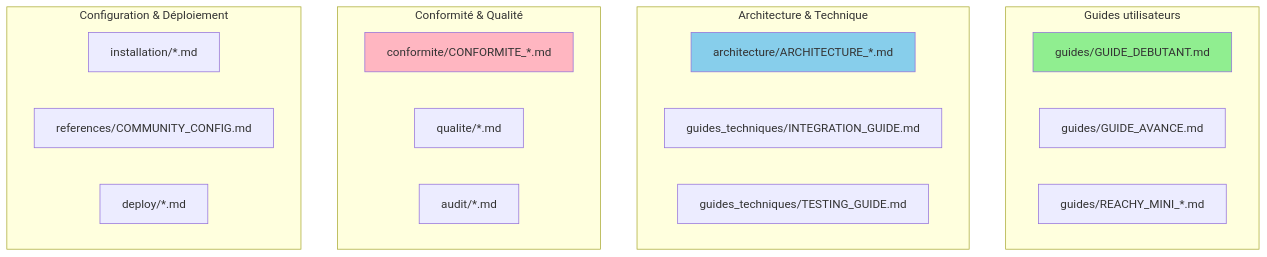
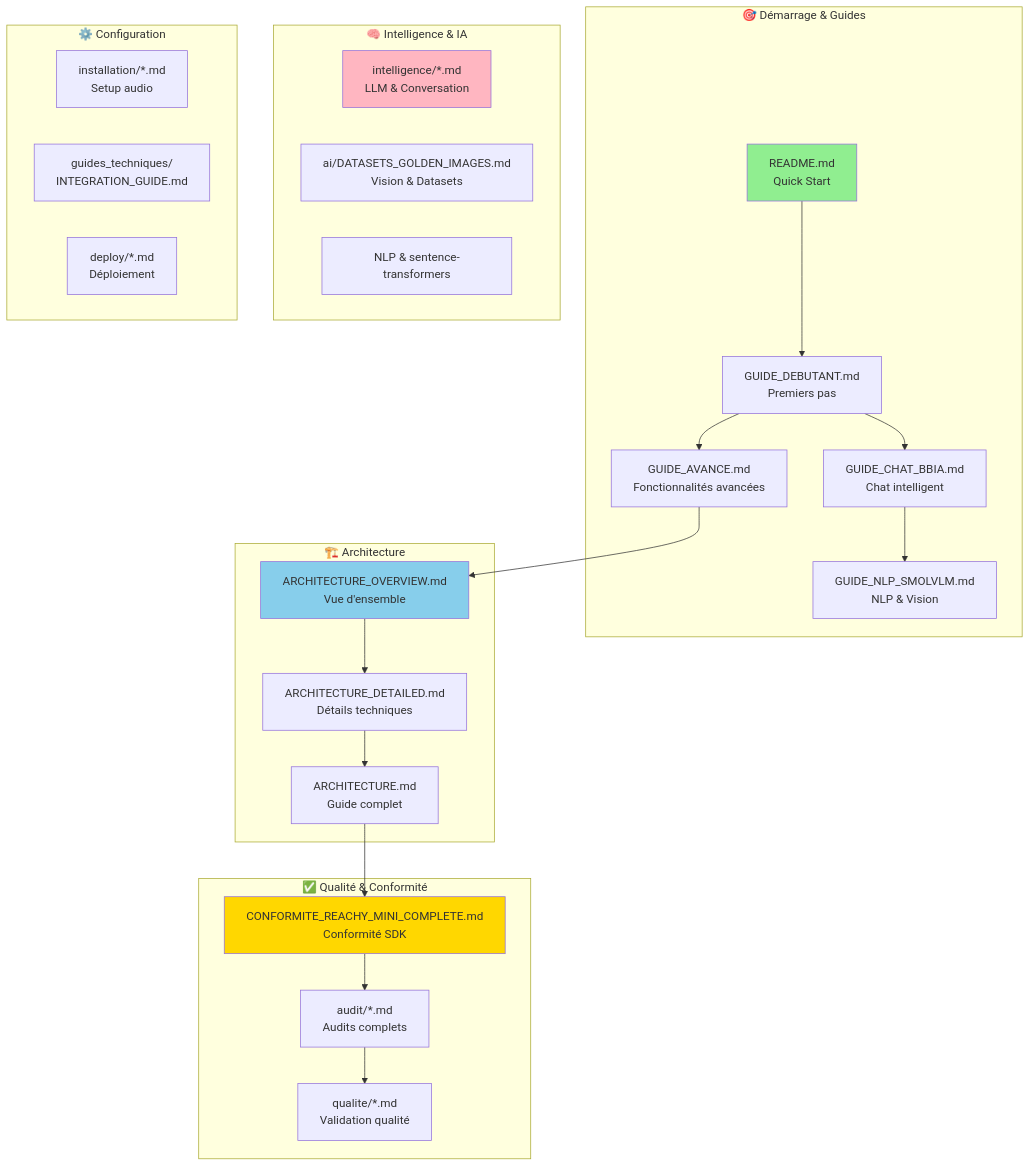
Before and after one commit to arkalia-luna-system/bbia-sim: the second of 2 diagrams in docs/INDEX_FINAL.md, drawn with Mermaid. The commit also changed other lines of this file, not shown here.

Commit message:
docs: finalisation INDEX_FINAL avec mindmap et graph structure

````diff
--- a/docs/INDEX_FINAL.md
+++ b/docs/INDEX_FINAL.md
@@ -156,30 +194,50 @@
 ```mermaid
 graph TB
-    subgraph "Guides utilisateurs"
-        G1[guides/GUIDE_DEBUTANT.md]
-        G2[guides/GUIDE_AVANCE.md]
-        G3[guides/REACHY_MINI_*.md]
+    subgraph "🎯 Démarrage & Guides"
+        START[README.md<br/>Quick Start]
+        BEGINNER[GUIDE_DEBUTANT.md<br/>Premiers pas]
+        ADVANCED[GUIDE_AVANCE.md<br/>Fonctionnalités avancées]
+        CHAT[GUIDE_CHAT_BBIA.md<br/>Chat intelligent]
+        NLP[GUIDE_NLP_SMOLVLM.md<br/>NLP & Vision]
     end
-
-    subgraph "Architecture & Technique"
-        A1[architecture/ARCHITECTURE_*.md]
-        GT1[guides_techniques/INTEGRATION_GUIDE.md]
-        GT2[guides_techniques/TESTING_GUIDE.md]
+    
+    subgraph "🏗️ Architecture"
+        ARCH_OVER[ARCHITECTURE_OVERVIEW.md<br/>Vue d'ensemble]
+        ARCH_DET[ARCHITECTURE_DETAILED.md<br/>Détails techniques]
+        ARCH_COMP[ARCHITECTURE.md<br/>Guide complet]
     end
-
-    subgraph "Conformité & Qualité"
-        C1[conformite/CONFORMITE_*.md]
-        Q1[qualite/*.md]
-        AUD1[audit/*.md]
+    
+    subgraph "✅ Qualité & Conformité"
+        CONFORM[CONFORMITE_REACHY_MINI_COMPLETE.md<br/>Conformité SDK]
+        AUDIT[audit/*.md<br/>Audits complets]
+        QUALITY[qualite/*.md<br/>Validation qualité]
     end
-
-    subgraph "Configuration & Déploiement"
-        INST1[installation/*.md]
-        REF1[references/COMMUNITY_CONFIG.md]
-        DEPLOY[deploy/*.md]
+    
+    subgraph "🧠 Intelligence & IA"
+        LLM[intelligence/*.md<br/>LLM & Conversation]
+        VISION[ai/DATASETS_GOLDEN_IMAGES.md<br/>Vision & Datasets]
+        NLP_TECH[NLP & sentence-transformers]
     end
-
-    style G1 fill:#90EE90
-    style A1 fill:#87CEEB
-    style C1 fill:#FFB6C1
+    
+    subgraph "⚙️ Configuration"
+        INSTALL[installation/*.md<br/>Setup audio]
+        INTEGRATION[guides_techniques/<br/>INTEGRATION_GUIDE.md]
+        DEPLOY[deploy/*.md<br/>Déploiement]
+    end
+    
+    START --> BEGINNER
+    BEGINNER --> ADVANCED
+    BEGINNER --> CHAT
+    CHAT --> NLP
+    ADVANCED --> ARCH_OVER
+    ARCH_OVER --> ARCH_DET
+    ARCH_DET --> ARCH_COMP
+    ARCH_COMP --> CONFORM
+    CONFORM --> AUDIT
+    AUDIT --> QUALITY
+    
+    style START fill:#90EE90
+    style ARCH_OVER fill:#87CEEB
+    style CONFORM fill:#FFD700
+    style LLM fill:#FFB6C1
 ```
````
